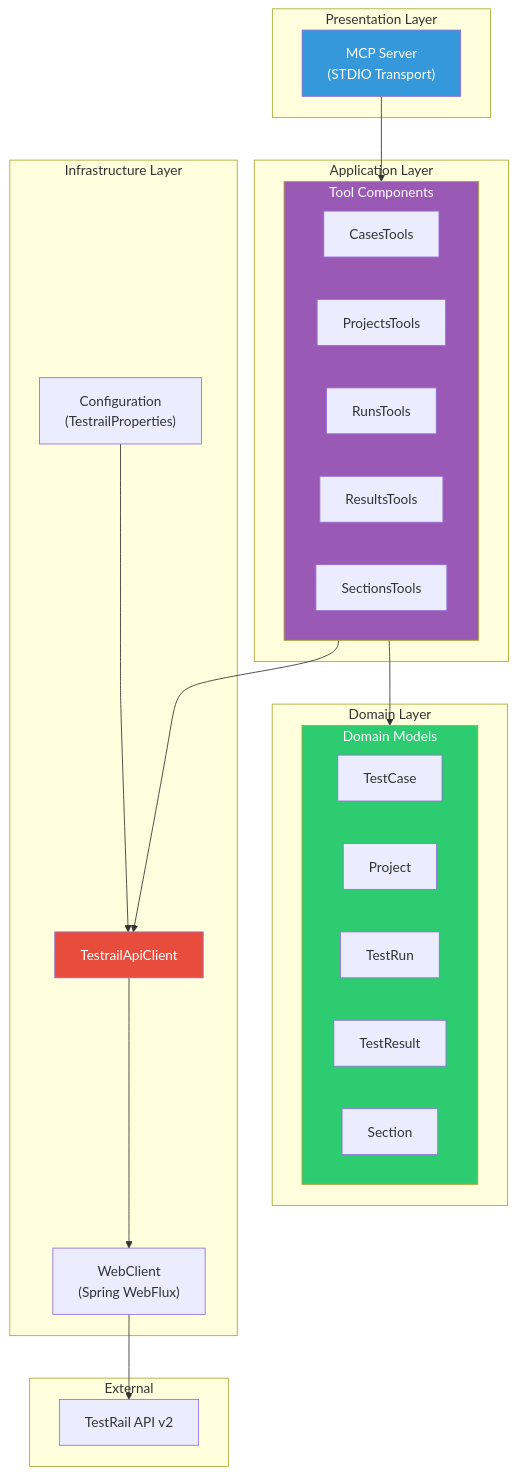
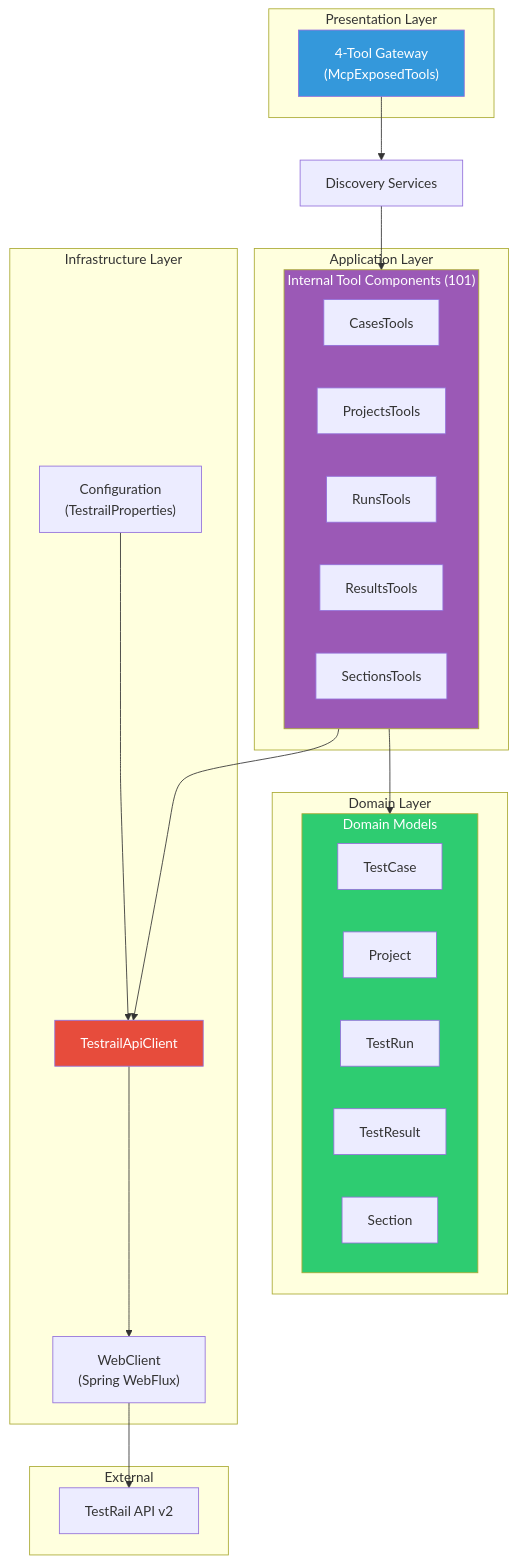
Before and after one commit to maheshyaddanapudi/testrail-mcp-server: the third of 13 diagrams in docs/ARCHITECTURE.md, drawn with Mermaid. The commit also changed other lines of this file and 3 other files, not shown here.

First line of the commit message:
docs: update documentation for 4-tool gateway pattern with dual discovery paths

````diff
--- a/docs/ARCHITECTURE.md
+++ b/docs/ARCHITECTURE.md
@@ -77,50 +148,51 @@
 ```mermaid
 flowchart TB
     subgraph Presentation["Presentation Layer"]
-        MCP["MCP Server<br/>(STDIO Transport)"]
+        MCP["4-Tool Gateway<br/>(McpExposedTools)"]
     end
 
     subgraph Application["Application Layer"]
-        subgraph Tools["Tool Components"]
+        subgraph Tools["Internal Tool Components (101)"]
             direction LR
             CasesTools["CasesTools"]
             ProjectsTools["ProjectsTools"]
             RunsTools["RunsTools"]
             ResultsTools["ResultsTools"]
             SectionsTools["SectionsTools"]
         end
     end
 
     subgraph Domain["Domain Layer"]
         subgraph Models["Domain Models"]
             direction LR
             TestCase["TestCase"]
             Project["Project"]
             TestRun["TestRun"]
             TestResult["TestResult"]
             Section["Section"]
         end
     end
 
     subgraph Infrastructure["Infrastructure Layer"]
         ApiClient["TestrailApiClient"]
         WebClient["WebClient<br/>(Spring WebFlux)"]
         Config["Configuration<br/>(TestrailProperties)"]
     end
 
     subgraph External["External"]
         TestRailAPI["TestRail API v2"]
     end
 
-    MCP --> Tools
+    MCP --> DiscoveryServices[Discovery Services]
+        DiscoveryServices --> Tools
     Tools --> Models
     Tools --> ApiClient
     ApiClient --> WebClient
     Config --> ApiClient
     WebClient --> TestRailAPI
 
     style MCP fill:#3498db,color:#fff
     style Tools fill:#9b59b6,color:#fff
     style Models fill:#2ecc71,color:#fff
     style ApiClient fill:#e74c3c,color:#fff
 ```
````
